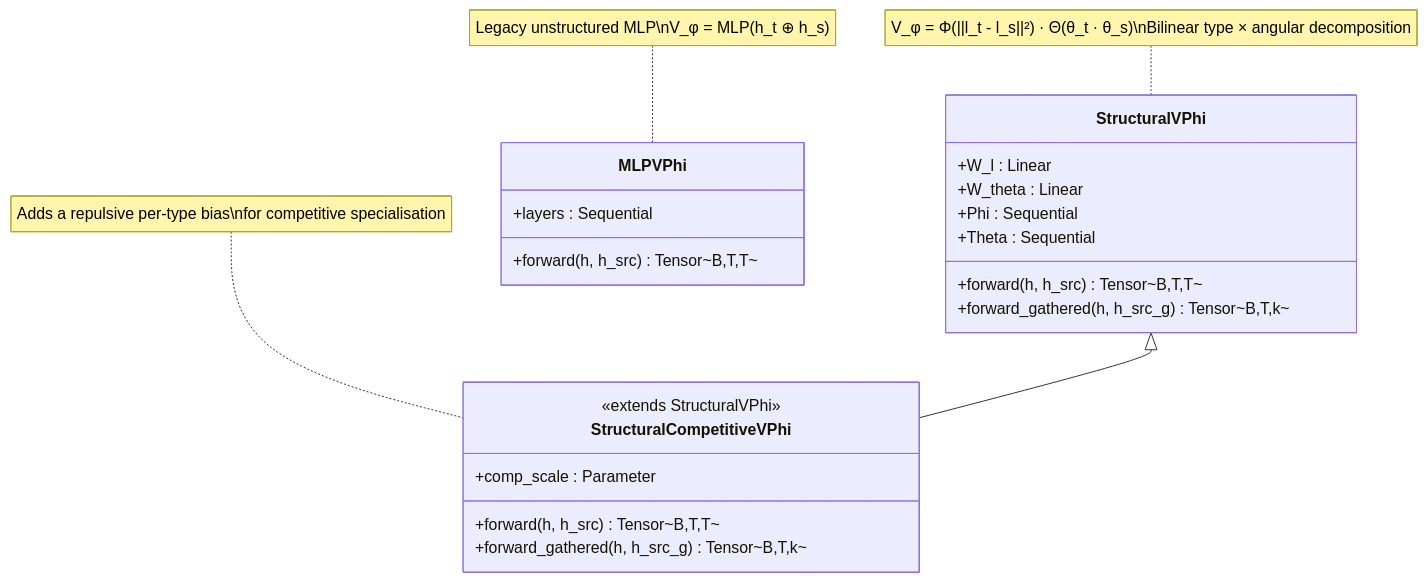
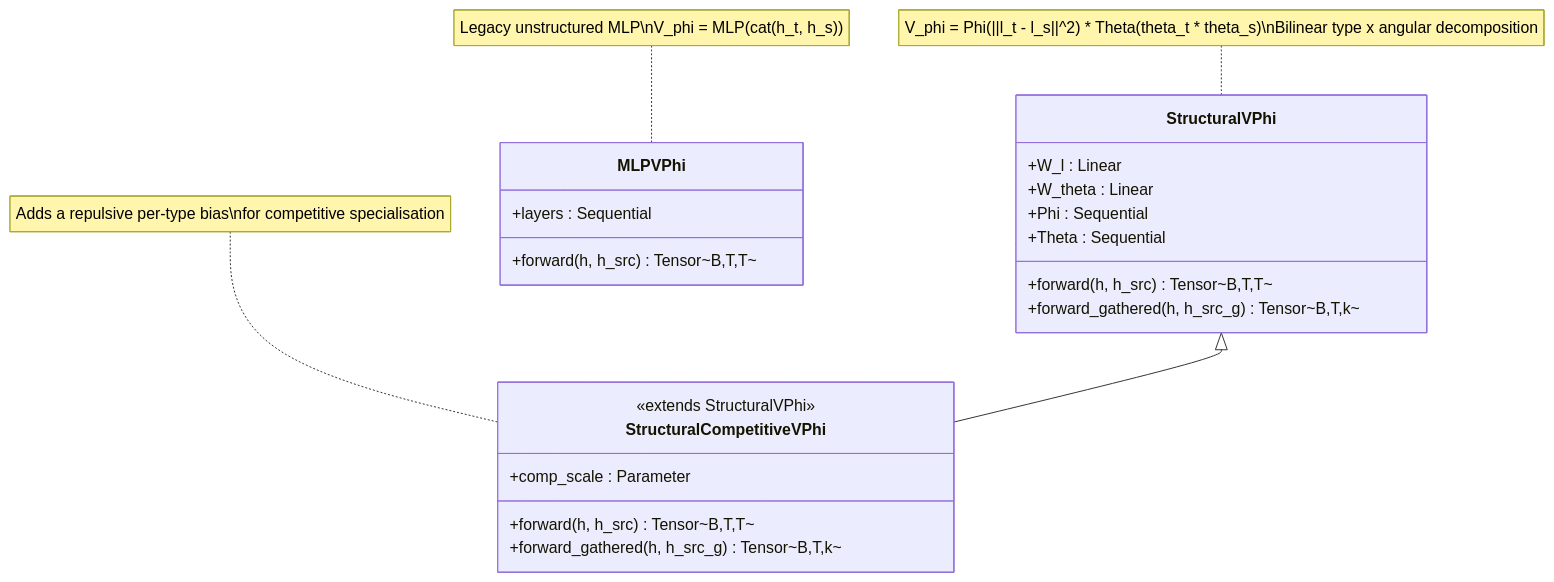
Before and after one commit to dimitarpg13/semsimula-paper: the fourth of 17 diagrams in SOFTWARE_ARCHITECTURE.md, drawn with Mermaid. The commit also changed other lines of this file, not shown here.

Commit message:
add software class diagrams markdown

````diff
--- a/SOFTWARE_ARCHITECTURE.md
+++ b/SOFTWARE_ARCHITECTURE.md
@@ -486,31 +486,31 @@
 ```mermaid
 classDiagram
     direction TB
 
     class StructuralVPhi {
         +W_l : Linear
         +W_theta : Linear
         +Phi : Sequential
         +Theta : Sequential
         +forward(h, h_src) Tensor~B,T,T~
         +forward_gathered(h, h_src_g) Tensor~B,T,k~
     }
 
     class StructuralCompetitiveVPhi {
         <<extends StructuralVPhi>>
         +comp_scale : Parameter
         +forward(h, h_src) Tensor~B,T,T~
         +forward_gathered(h, h_src_g) Tensor~B,T,k~
     }
 
     class MLPVPhi {
         +layers : Sequential
         +forward(h, h_src) Tensor~B,T,T~
     }
 
     StructuralVPhi <|-- StructuralCompetitiveVPhi
 
-    note for StructuralVPhi "V_φ = Φ(||l_t - l_s||²) · Θ(θ_t · θ_s)\nBilinear type × angular decomposition"
+    note for StructuralVPhi "V_phi = Phi(||l_t - l_s||^2) * Theta(theta_t * theta_s)\nBilinear type x angular decomposition"
     note for StructuralCompetitiveVPhi "Adds a repulsive per-type bias\nfor competitive specialisation"
-    note for MLPVPhi "Legacy unstructured MLP\nV_φ = MLP(h_t ⊕ h_s)"
+    note for MLPVPhi "Legacy unstructured MLP\nV_phi = MLP(cat(h_t, h_s))"
 ```
````
